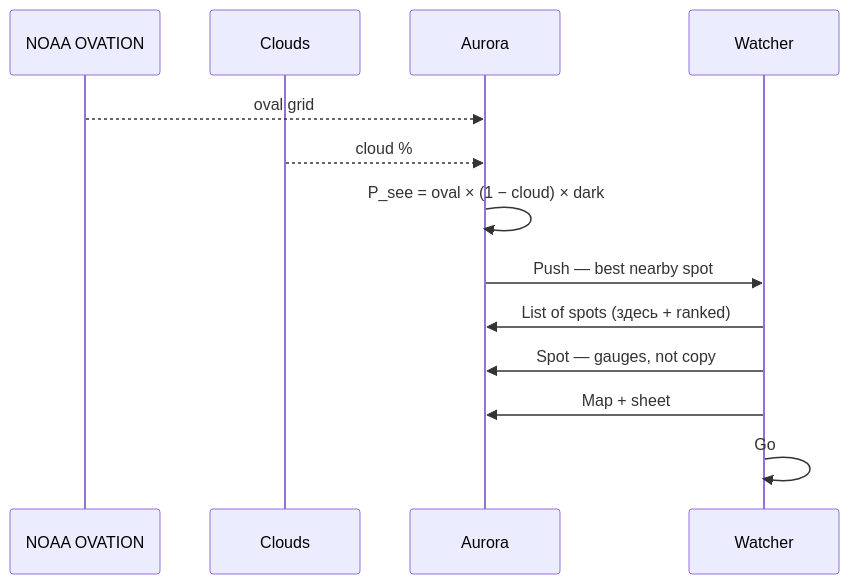
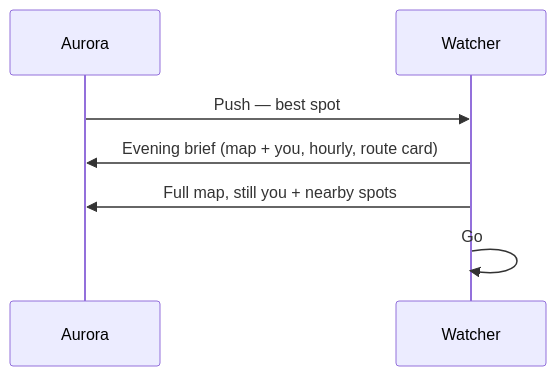
Before and after one commit to littlewhywhat/legal-360: the diagram in cases/aurora/docs/flows/to-be.md, drawn with Mermaid. The commit also changed other lines of this file and 5 other files, not shown here.

First line of the commit message:
feat: aurora evening brief with map-you card

````diff
--- a/cases/aurora/docs/flows/to-be.md
+++ b/cases/aurora/docs/flows/to-be.md
@@ -11,16 +11,10 @@
 ```mermaid
 sequenceDiagram
-  participant NOAA as NOAA OVATION
-  participant Wx as Clouds
   participant App as Aurora
   participant W as Watcher
 
-  NOAA-->>App: oval grid
-  Wx-->>App: cloud %
-  App->>App: P_see = oval × (1 − cloud) × dark
-  App->>W: Push — best nearby spot
-  W->>App: List of spots (здесь + ranked)
-  W->>App: Spot — gauges, not copy
-  W->>App: Map + sheet
+  App->>W: Push — best spot
+  W->>App: Evening brief (map + you, hourly, route card)
+  W->>App: Full map, still you + nearby spots
   W->>W: Go
 ```
````
